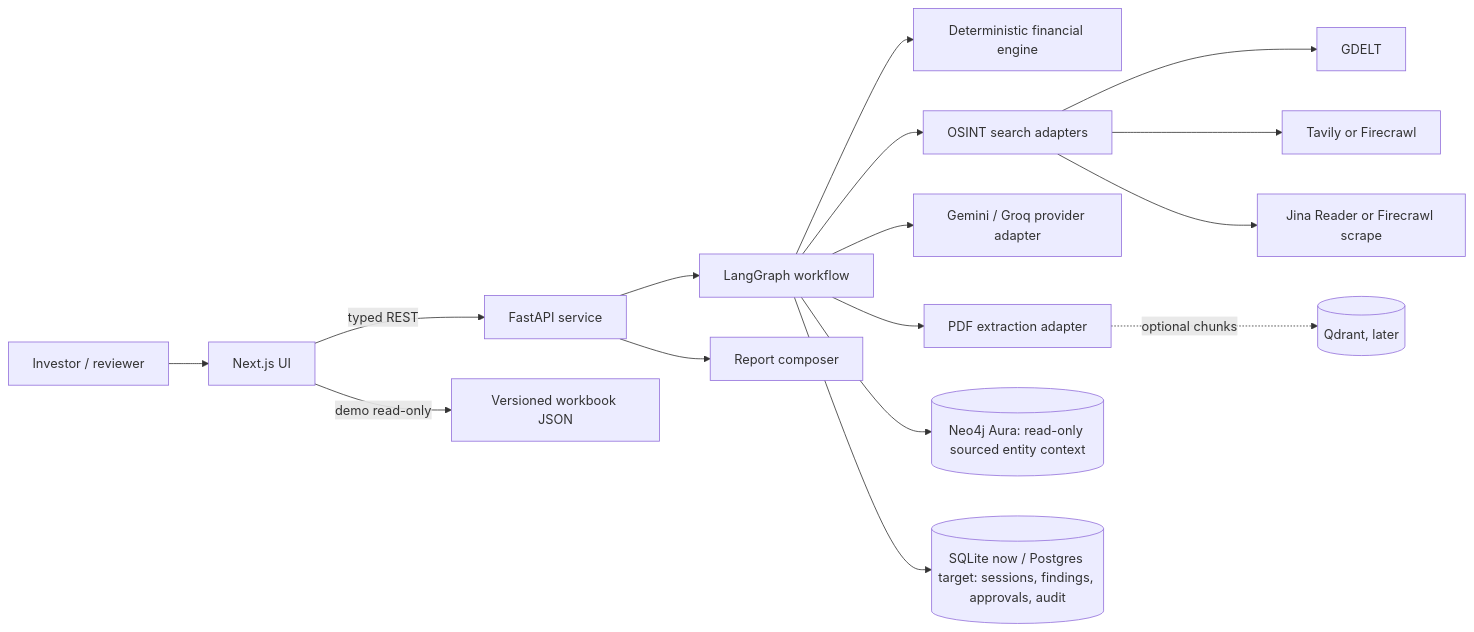
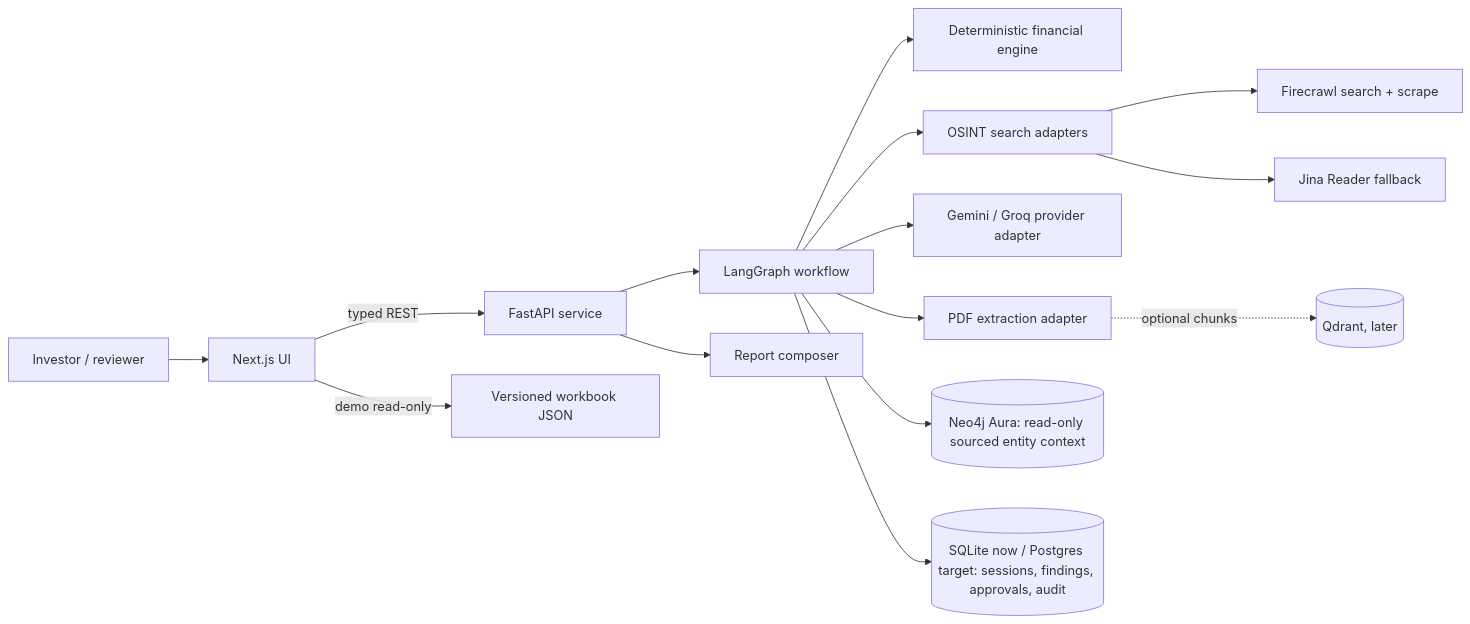
One commit to dinhvanit/AI-Quantum-Reg-Tech changed the diagram in specs/001-investor-due-diligence-demo/plan.md. Above: the diagram before and after it, drawn with Mermaid. The commit also changed other lines of this file and 16 other files, not shown here.

First line of the commit message:
feat(osint): chỉ dùng Firecrawl để tìm sự kiện xử phạt, bỏ GDELT/Tavily

````diff
--- a/specs/001-investor-due-diligence-demo/plan.md
+++ b/specs/001-investor-due-diligence-demo/plan.md
@@ -28,18 +28,17 @@
 ```mermaid
 flowchart LR
   U[Investor / reviewer] --> UI[Next.js UI]
   UI -->|typed REST| API[FastAPI service]
   UI -->|demo read-only| DATA[Versioned workbook JSON]
   API --> ORCH[LangGraph workflow]
   ORCH --> FIN[Deterministic financial engine]
   ORCH --> SEARCH[OSINT search adapters]
-  SEARCH --> GD[GDELT]
-  SEARCH --> TV[Tavily or Firecrawl]
-  SEARCH --> READ[Jina Reader or Firecrawl scrape]
+  SEARCH --> FC[Firecrawl search + scrape]
+  SEARCH --> READ[Jina Reader fallback]
   ORCH --> LLM[Gemini / Groq provider adapter]
   ORCH --> DOC[PDF extraction adapter]
   ORCH --> GRAPH[(Neo4j Aura: read-only sourced entity context)]
   ORCH --> DB[(SQLite now / Postgres target: sessions, findings, approvals, audit)]
   DOC -. optional chunks .-> VDB[(Qdrant, later)]
   API --> REPORT[Report composer]
 ```
````
